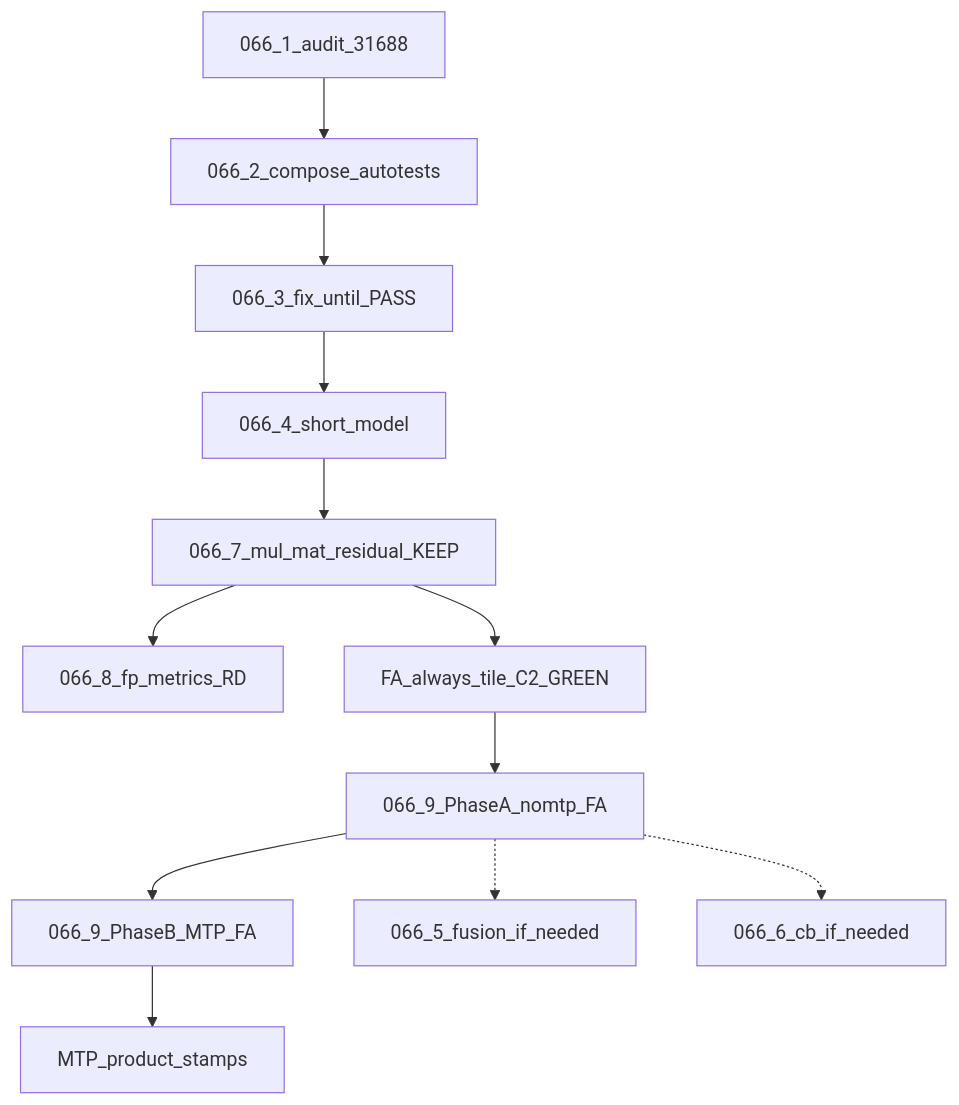
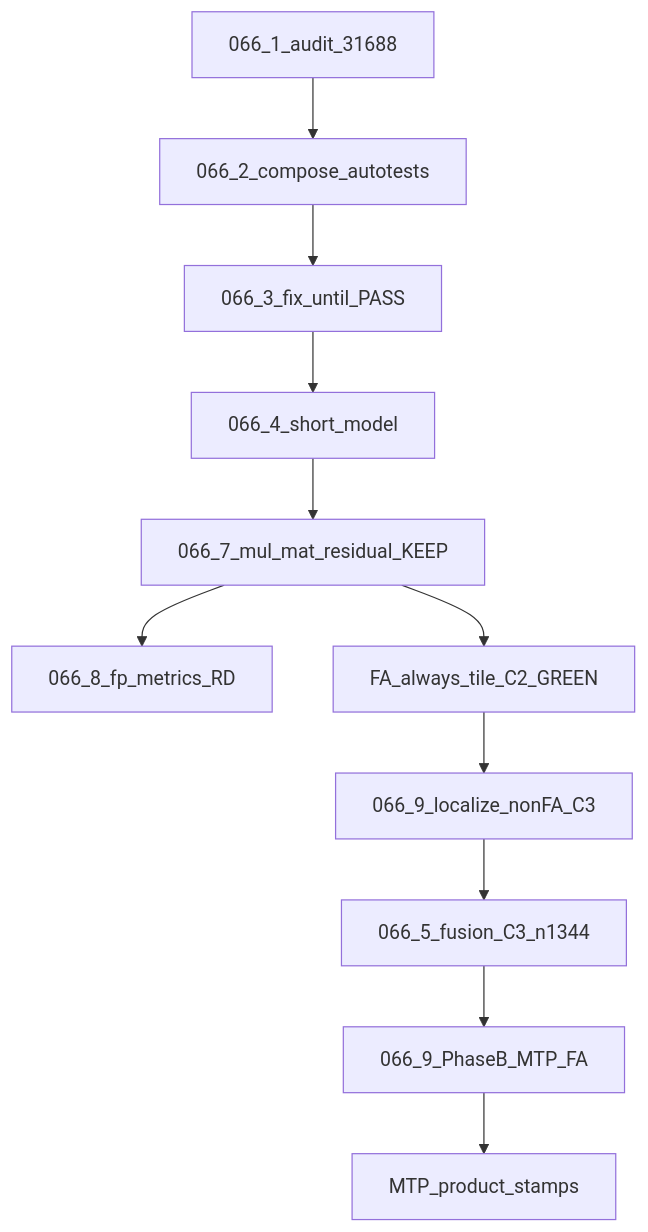
Before and after one commit to Dimon70007/atomic-llama-cpp-turboquant: the diagram in tests/TASK-066.0-overview.md, drawn with Mermaid. The commit also changed other lines of this file and 7 other files, not shown here.

First line of the commit message:
feat(tests): update TASK-066 documentation and enhance Phase A localize details

````diff
--- a/tests/TASK-066.0-overview.md
+++ b/tests/TASK-066.0-overview.md
@@ -51,23 +52,21 @@
 ```mermaid
 flowchart TD
   t1[066_1_audit_31688]
   t2[066_2_compose_autotests]
   t3[066_3_fix_until_PASS]
   t4[066_4_short_model]
   t7[066_7_mul_mat_residual_KEEP]
   t8[066_8_fp_metrics_RD]
   tile[FA_always_tile_C2_GREEN]
-  t9a[066_9_PhaseA_nomtp_FA]
+  loc[066_9_localize_nonFA_C3]
+  t5[066_5_fusion_C3_n1344]
   t9b[066_9_PhaseB_MTP_FA]
-  t5[066_5_fusion_if_needed]
-  t6[066_6_cb_if_needed]
   mtp[MTP_product_stamps]
   t1 --> t2 --> t3 --> t4 --> t7
   t7 --> t8
   t7 --> tile
-  tile --> t9a
-  t9a --> t9b
+  tile --> loc
+  loc --> t5
+  t5 --> t9b
   t9b --> mtp
-  t9a -.-> t5
-  t9a -.-> t6
 ```
````
